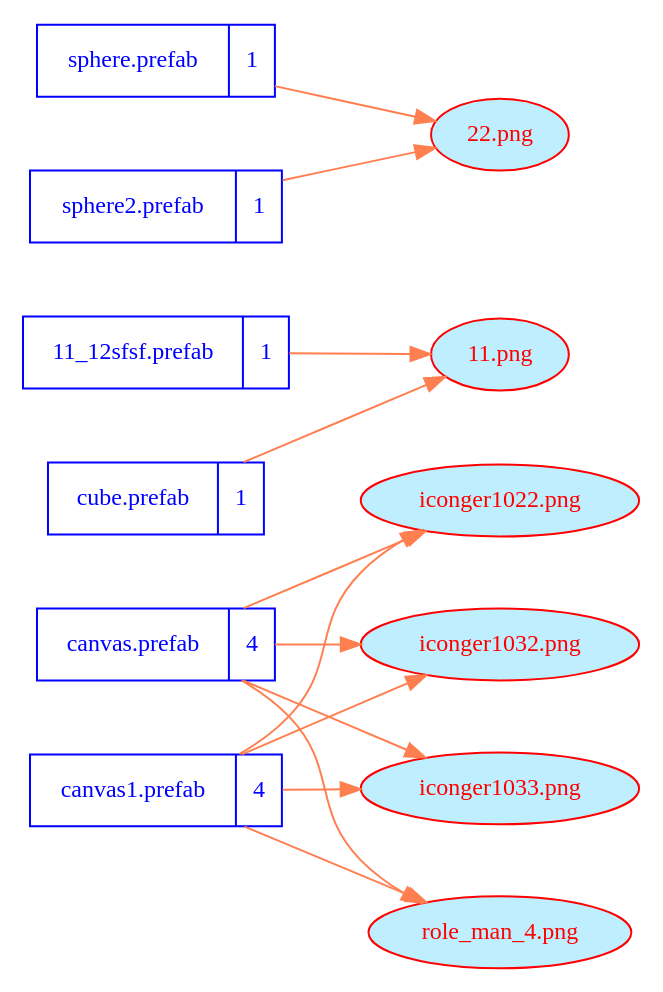
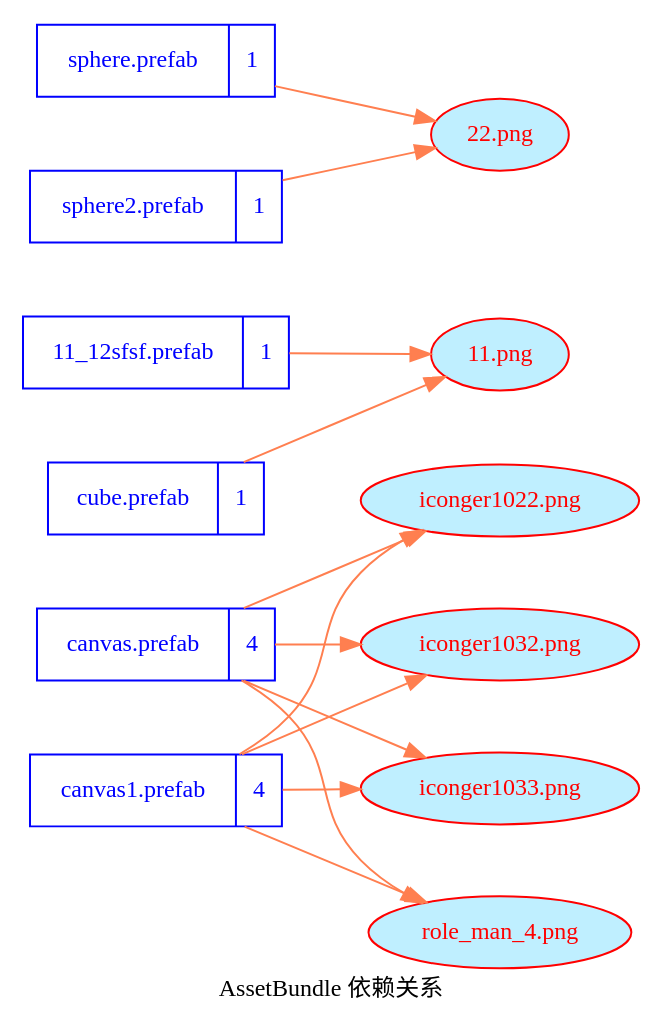
Before and after one commit to songtm/ABSystem: the diagram in Assets/StreamingAssets/AssetBundles/00dep.dot, drawn with Graphviz. The commit also changed 2 other files, not shown here.

```diff
--- a/Assets/StreamingAssets/AssetBundles/00dep.dot
+++ b/Assets/StreamingAssets/AssetBundles/00dep.dot
@@ -1,44 +1,47 @@
 digraph dep {
+    label = "AssetBundle 依赖关系"
+    fillcolor = "blue"
+    style="filled"
     fontname = "Microsoft YaHei";
     nodesep=0.5
     rankdir = "LR"
     fontsize = 12;
     node [ fontname = "Microsoft YaHei", fontsize = 12, shape = "record" color="skyblue"];
     edge [ fontname = "Microsoft YaHei", fontsize = 12 , color="coral"];
 	"canvas.prefab" [color="blue", fontcolor="blue", label="{<f0> canvas.prefab |<f1> 4 }"]
 	"canvas1.prefab" [color="blue", fontcolor="blue", label="{<f0> canvas1.prefab |<f1> 4 }"]
 	"11_12sfsf.prefab" [color="blue", fontcolor="blue", label="{<f0> 11_12sfsf.prefab |<f1> 1 }"]
 	"cube.prefab" [color="blue", fontcolor="blue", label="{<f0> cube.prefab |<f1> 1 }"]
 	"sphere.prefab" [color="blue", fontcolor="blue", label="{<f0> sphere.prefab |<f1> 1 }"]
 	"sphere2.prefab" [color="blue", fontcolor="blue", label="{<f0> sphere2.prefab |<f1> 1 }"]
 	"iconger1033.png" [color="red", fontcolor="red", shape="ellipse", fillcolor="lightblue1", style="filled"]
 	"role_man_4.png" [color="red", fontcolor="red", shape="ellipse", fillcolor="lightblue1", style="filled"]
 	"iconger1022.png" [color="red", fontcolor="red", shape="ellipse", fillcolor="lightblue1", style="filled"]
 	"iconger1032.png" [color="red", fontcolor="red", shape="ellipse", fillcolor="lightblue1", style="filled"]
 	"11.png" [color="red", fontcolor="red", shape="ellipse", fillcolor="lightblue1", style="filled"]
 	"22.png" [color="red", fontcolor="red", shape="ellipse", fillcolor="lightblue1", style="filled"]
 	"canvas.prefab"->"iconger1033.png"
 	"canvas.prefab"->"role_man_4.png"
 	"canvas.prefab"->"iconger1022.png"
 	"canvas.prefab"->"iconger1032.png"
 
 	"canvas1.prefab"->"iconger1033.png"
 	"canvas1.prefab"->"role_man_4.png"
 	"canvas1.prefab"->"iconger1022.png"
 	"canvas1.prefab"->"iconger1032.png"
 
 	"11_12sfsf.prefab"->"11.png"
 
 	"cube.prefab"->"11.png"
 
 	"sphere.prefab"->"22.png"
 
 	"sphere2.prefab"->"22.png"
 
 
 
 
 
 
 
 }
```
